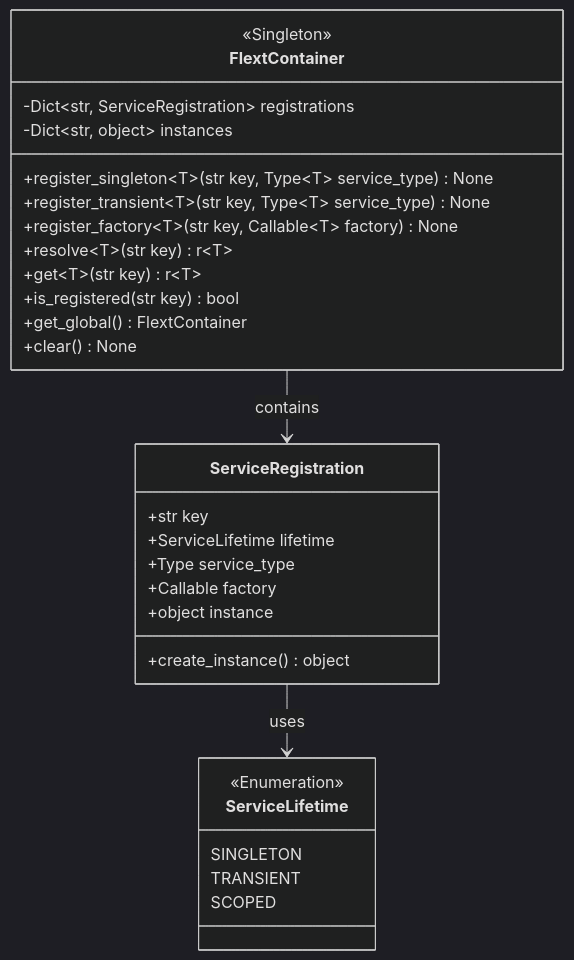
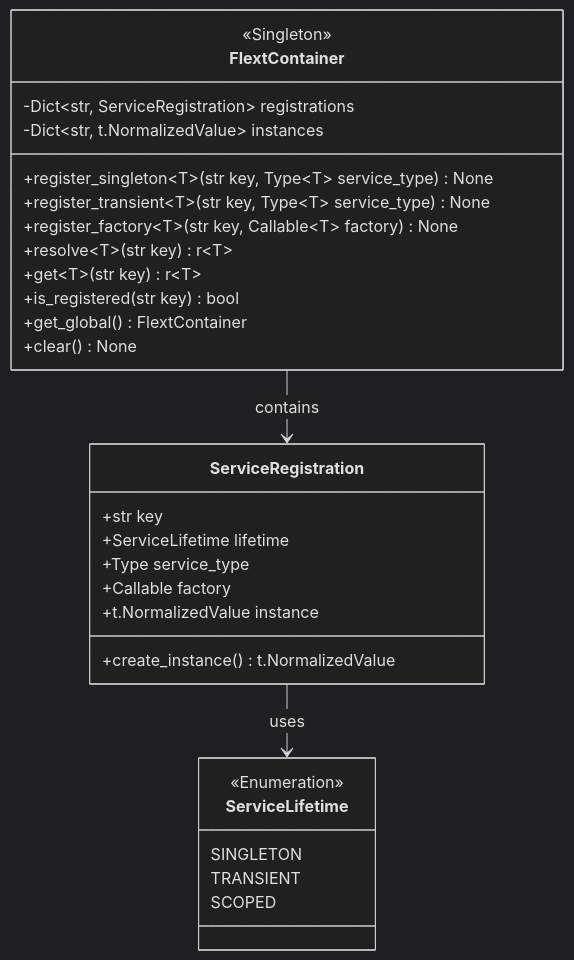
The second of 10 diagrams in docs/architecture/c4-model/code-diagrams.md (flext-sh/flext), drawn with Mermaid (dark theme) before and after one commit. The commit also changed other lines of this file and 64 other files, not shown here.

````diff
--- a/docs/architecture/c4-model/code-diagrams.md
+++ b/docs/architecture/c4-model/code-diagrams.md
@@ -94,35 +94,35 @@
 ```mermaid
 classDiagram
     class FlextContainer {
         <<Singleton>>
         -Dict~str, ServiceRegistration~ registrations
-        -Dict~str, object~ instances
+        -Dict~str, t.NormalizedValue~ instances
         +register_singleton~T~(str key, Type~T~ service_type) None
         +register_transient~T~(str key, Type~T~ service_type) None
         +register_factory~T~(str key, Callable~T~ factory) None
         +resolve~T~(str key) r~T~
         +get~T~(str key) r~T~
         +is_registered(str key) bool
         +get_global() FlextContainer
         +clear() None
     }
 
     class ServiceRegistration {
         +str key
         +ServiceLifetime lifetime
         +Type service_type
         +Callable factory
-        +object instance
-        +create_instance() object
+        +t.NormalizedValue instance
+        +create_instance() t.NormalizedValue
     }
 
     class ServiceLifetime {
         <<Enumeration>>
         SINGLETON
         TRANSIENT
         SCOPED
     }
 
     FlextContainer --> ServiceRegistration : contains
     ServiceRegistration --> ServiceLifetime : uses
 ```
````
